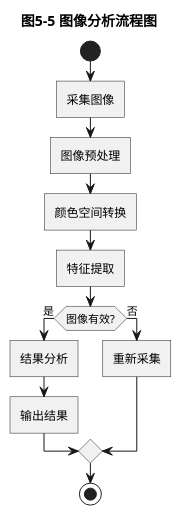
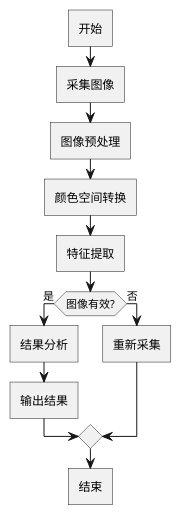
The diagram in 图 5-4 图像分析流程图.puml (TSK-io/lunwen), drawn with PlantUML before and after one commit. The commit also changed 5 other files, not shown here.

```diff
--- a/图 5-4 图像分析流程图.puml
+++ b/图 5-4 图像分析流程图.puml
@@ -1,24 +1,23 @@
 @startuml
-title 图5-5 图像分析流程图
 
 skinparam monochrome true
 skinparam shadowing false
 skinparam defaultFontName Microsoft YaHei
 skinparam defaultTextAlignment center
 skinparam roundcorner 0
 
-start
+:开始;
 :采集图像;
 :图像预处理;
 :颜色空间转换;
 :特征提取;
 
 if (图像有效?) then (是)
   :结果分析;
   :输出结果;
 else (否)
   :重新采集;
 endif
 
-stop
+:结束;
 @enduml
```
